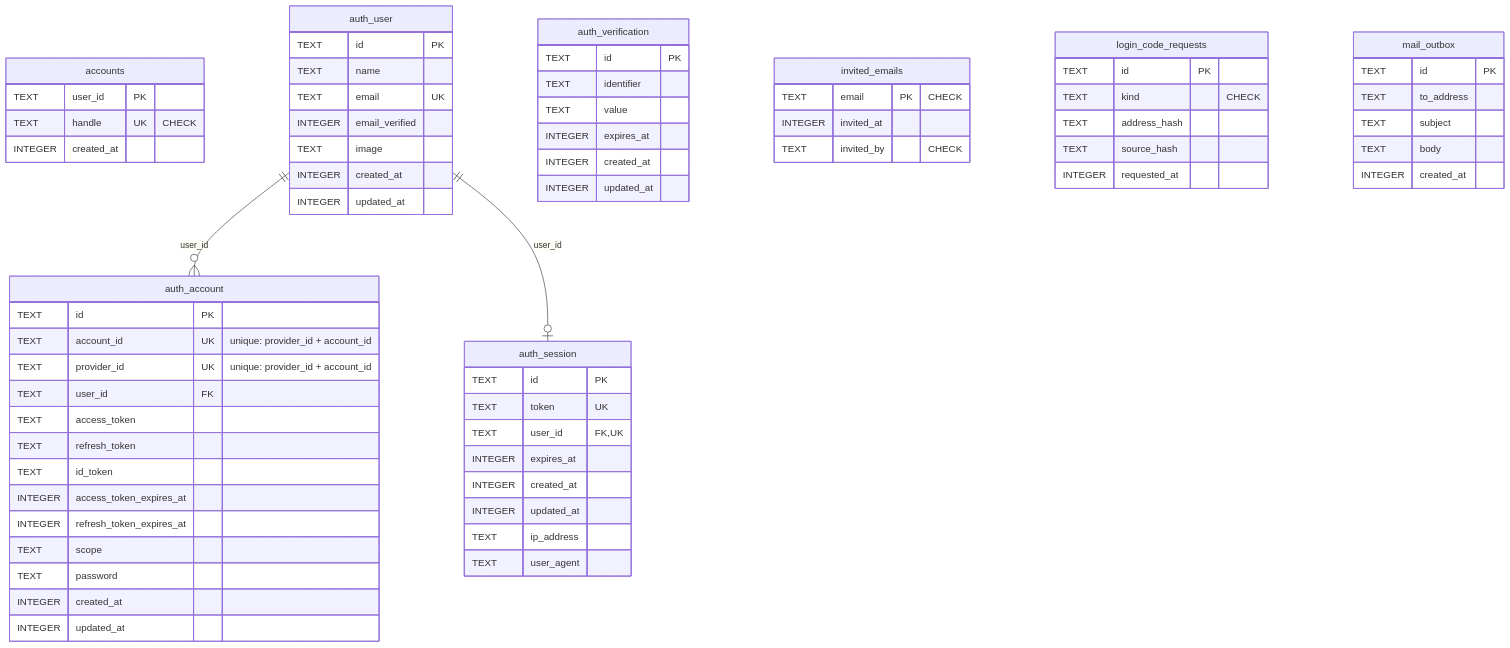
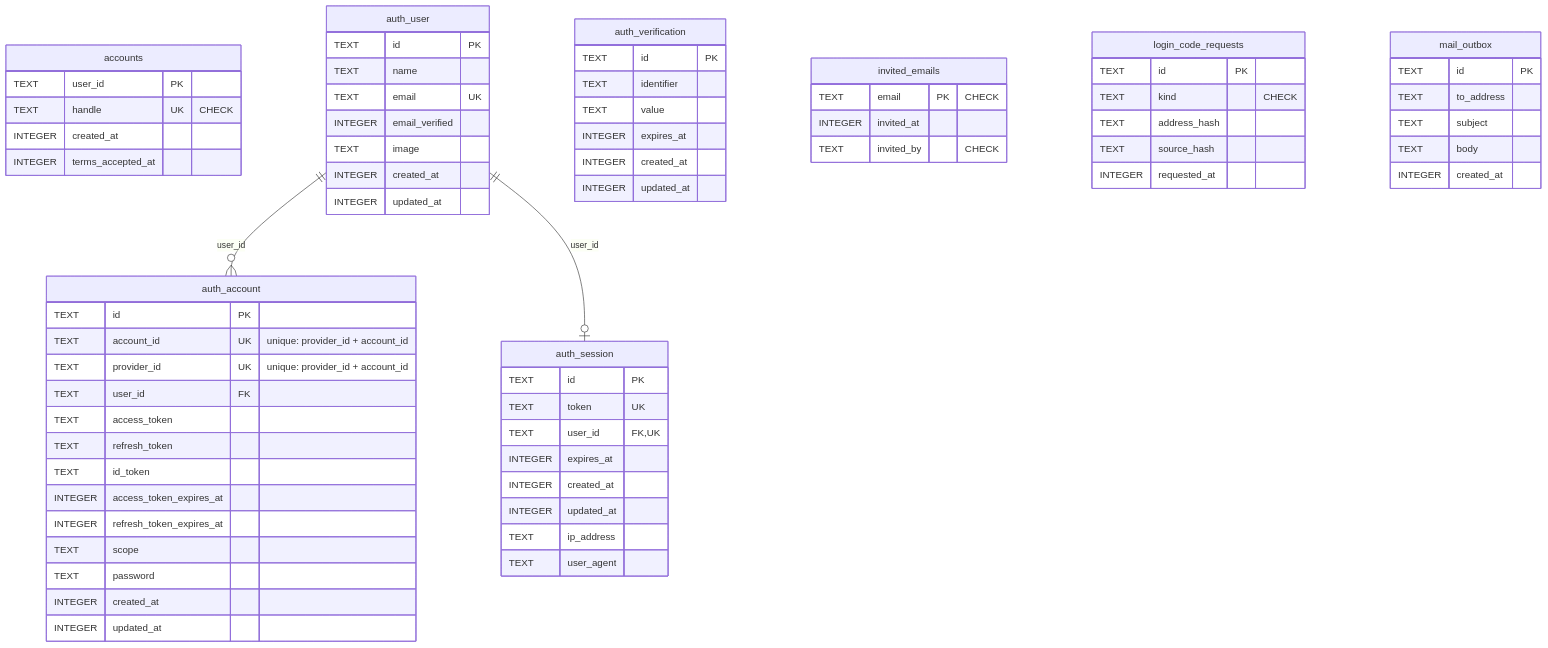
One commit to piconic-ai/slide changed the second of 8 diagrams in docs/dev/er-diagram.md. Above: the diagram before and after it, drawn with Mermaid. The commit also changed 26 other files, not shown here.

````diff
--- a/docs/dev/er-diagram.md
+++ b/docs/dev/er-diagram.md
@@ -77,71 +77,72 @@
 ```mermaid
 erDiagram
     accounts {
         TEXT user_id PK
         TEXT handle UK "CHECK"
         INTEGER created_at
+        INTEGER terms_accepted_at
     }
     auth_account {
         TEXT id PK
         TEXT account_id UK "unique: provider_id + account_id"
         TEXT provider_id UK "unique: provider_id + account_id"
         TEXT user_id FK
         TEXT access_token
         TEXT refresh_token
         TEXT id_token
         INTEGER access_token_expires_at
         INTEGER refresh_token_expires_at
         TEXT scope
         TEXT password
         INTEGER created_at
         INTEGER updated_at
     }
     auth_session {
         TEXT id PK
         TEXT token UK
         TEXT user_id FK, UK
         INTEGER expires_at
         INTEGER created_at
         INTEGER updated_at
         TEXT ip_address
         TEXT user_agent
     }
     auth_user {
         TEXT id PK
         TEXT name
         TEXT email UK
         INTEGER email_verified
         TEXT image
         INTEGER created_at
         INTEGER updated_at
     }
     auth_verification {
         TEXT id PK
         TEXT identifier
         TEXT value
         INTEGER expires_at
         INTEGER created_at
         INTEGER updated_at
     }
     invited_emails {
         TEXT email PK "CHECK"
         INTEGER invited_at
         TEXT invited_by "CHECK"
     }
     login_code_requests {
         TEXT id PK
         TEXT kind "CHECK"
         TEXT address_hash
         TEXT source_hash
         INTEGER requested_at
     }
     mail_outbox {
         TEXT id PK
         TEXT to_address
         TEXT subject
         TEXT body
         INTEGER created_at
     }
     auth_user ||--o{ auth_account : "user_id"
     auth_user ||--o| auth_session : "user_id"
 ```
````
